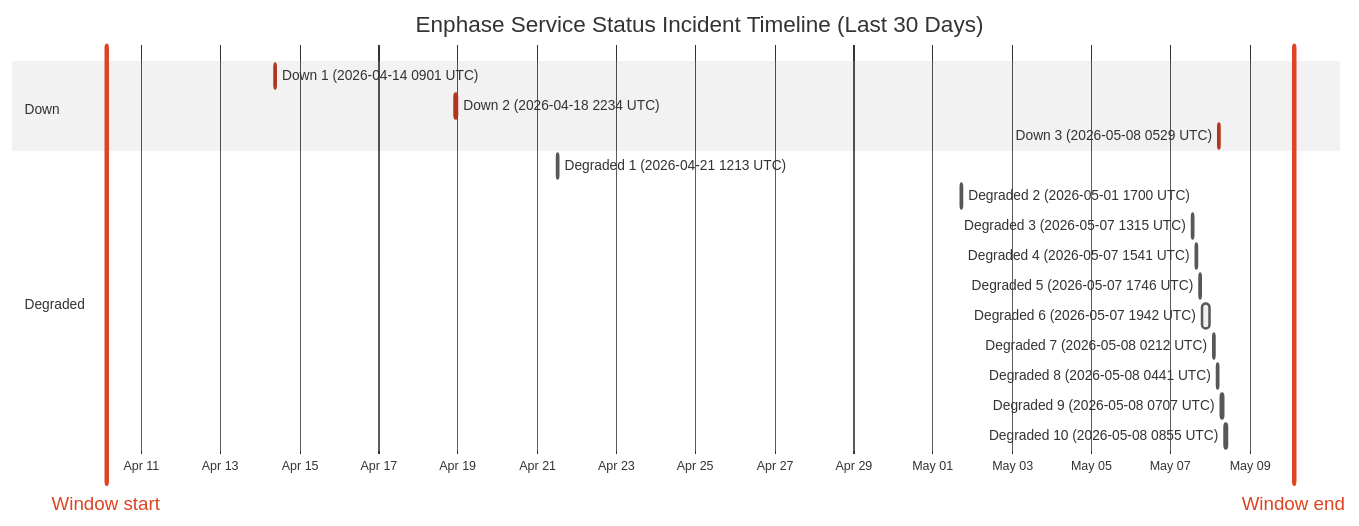
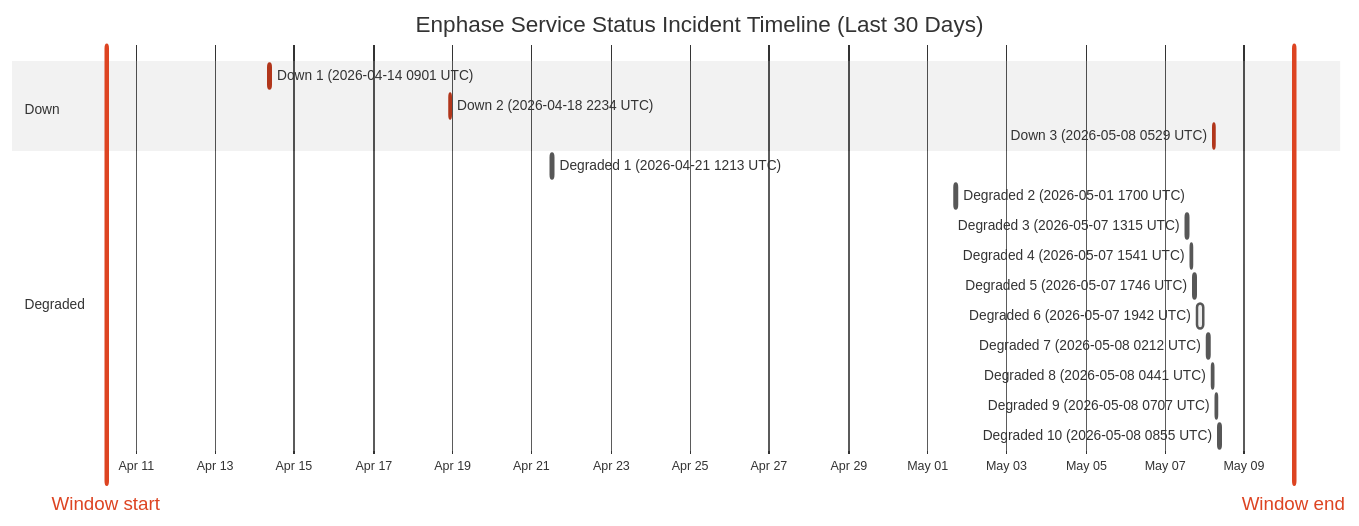
Before and after one commit to barneyonline/ha-enphase-ev-charger: the diagram in wiki/Service-Status-History.md, drawn with Mermaid (neutral theme). The commit also changed other lines of this file and 3 other files, not shown here.

````diff
--- a/wiki/Service-Status-History.md
+++ b/wiki/Service-Status-History.md
@@ -14,23 +14,23 @@
 ```mermaid
 gantt
     title Enphase Service Status Incident Timeline (Last 30 Days)
     dateFormat  YYYY-MM-DDTHH:mm:ss
     axisFormat  %b %d
-    Window start :vert, window-start, 2026-04-10T02:51:04, 0ms
-    Window end :vert, window-end, 2026-05-10T02:51:04, 0ms
+    Window start :vert, window-start, 2026-04-10T06:11:19, 0ms
+    Window end :vert, window-end, 2026-05-10T06:11:19, 0ms
     section Down
     Down 1 (2026-04-14 0901 UTC) :crit, down-1, 2026-04-14T09:01:13, 60m
     Down 2 (2026-04-18 2234 UTC) :crit, down-2, 2026-04-18T22:34:13, 60m
     Down 3 (2026-05-08 0529 UTC) :crit, down-3, 2026-05-08T05:29:47, 60m
     section Degraded
     Degraded 1 (2026-04-21 1213 UTC) :active, degraded-1, 2026-04-21T12:13:11, 60m
     Degraded 2 (2026-05-01 1700 UTC) :active, degraded-2, 2026-05-01T17:00:22, 60m
     Degraded 3 (2026-05-07 1315 UTC) :active, degraded-3, 2026-05-07T13:15:25, 60m
     Degraded 4 (2026-05-07 1541 UTC) :active, degraded-4, 2026-05-07T15:41:58, 60m
     Degraded 5 (2026-05-07 1746 UTC) :active, degraded-5, 2026-05-07T17:46:51, 60m
     Degraded 6 (2026-05-07 1942 UTC) :active, degraded-6, 2026-05-07T19:42:10, 249m
     Degraded 7 (2026-05-08 0212 UTC) :active, degraded-7, 2026-05-08T02:12:39, 60m
     Degraded 8 (2026-05-08 0441 UTC) :active, degraded-8, 2026-05-08T04:41:46, 60m
     Degraded 9 (2026-05-08 0707 UTC) :active, degraded-9, 2026-05-08T07:07:30, 60m
     Degraded 10 (2026-05-08 0855 UTC) :active, degraded-10, 2026-05-08T08:55:20, 88m
 ```
````
